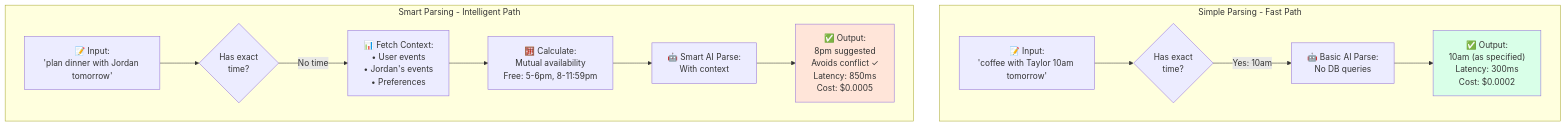
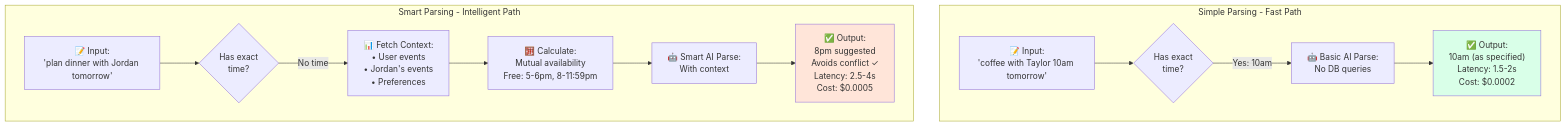
The eighth of 8 diagrams in AI_DATA_PIPELINE.md (UofT-CSC490-W2026/Peachy), drawn with Mermaid before and after one commit. The commit also changed other lines of this file and 3 other files, not shown here.

````diff
--- a/AI_DATA_PIPELINE.md
+++ b/AI_DATA_PIPELINE.md
@@ -1056,31 +1005,31 @@
 ```mermaid
 graph TB
     subgraph "Simple Parsing - Fast Path"
         S_INPUT["📝 Input:<br/>'coffee with Taylor 10am tomorrow'"]
         S_CHECK{Has exact<br/>time?}
         S_PARSE[🤖 Basic AI Parse:<br/>No DB queries]
-        S_OUTPUT["✅ Output:<br/>10am (as specified)<br/>Latency: 300ms<br/>Cost: $0.0002"]
+        S_OUTPUT["✅ Output:<br/>10am (as specified)<br/>Latency: 1.5-2s<br/>Cost: $0.0002"]
     end
 
     subgraph "Smart Parsing - Intelligent Path"
         SM_INPUT["📝 Input:<br/>'plan dinner with Jordan tomorrow'"]
         SM_CHECK{Has exact<br/>time?}
         SM_FETCH[📊 Fetch Context:<br/>• User events<br/>• Jordan's events<br/>• Preferences]
         SM_CALC[🧮 Calculate:<br/>Mutual availability<br/>Free: 5-6pm, 8-11:59pm]
         SM_PARSE[🤖 Smart AI Parse:<br/>With context]
-        SM_OUTPUT["✅ Output:<br/>8pm suggested<br/>Avoids conflict ✓<br/>Latency: 850ms<br/>Cost: $0.0005"]
+        SM_OUTPUT["✅ Output:<br/>8pm suggested<br/>Avoids conflict ✓<br/>Latency: 2.5-4s<br/>Cost: $0.0005"]
     end
 
     S_INPUT --> S_CHECK
     S_CHECK -->|Yes: 10am| S_PARSE
     S_PARSE --> S_OUTPUT
 
     SM_INPUT --> SM_CHECK
     SM_CHECK -->|No time| SM_FETCH
     SM_FETCH --> SM_CALC
     SM_CALC --> SM_PARSE
     SM_PARSE --> SM_OUTPUT
 
     style S_OUTPUT fill:#D9FFE8
     style SM_OUTPUT fill:#FFE5D9
 ```
````
